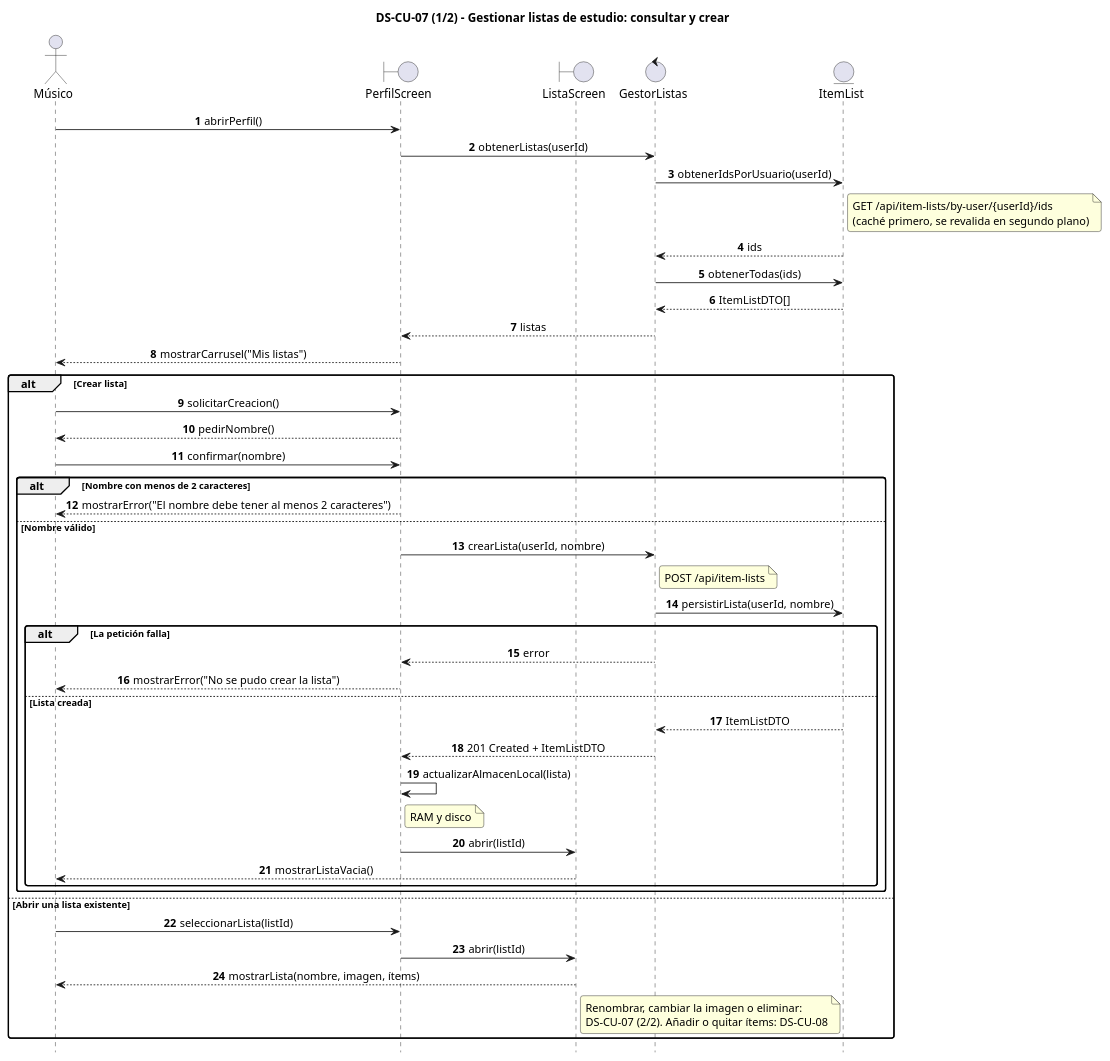
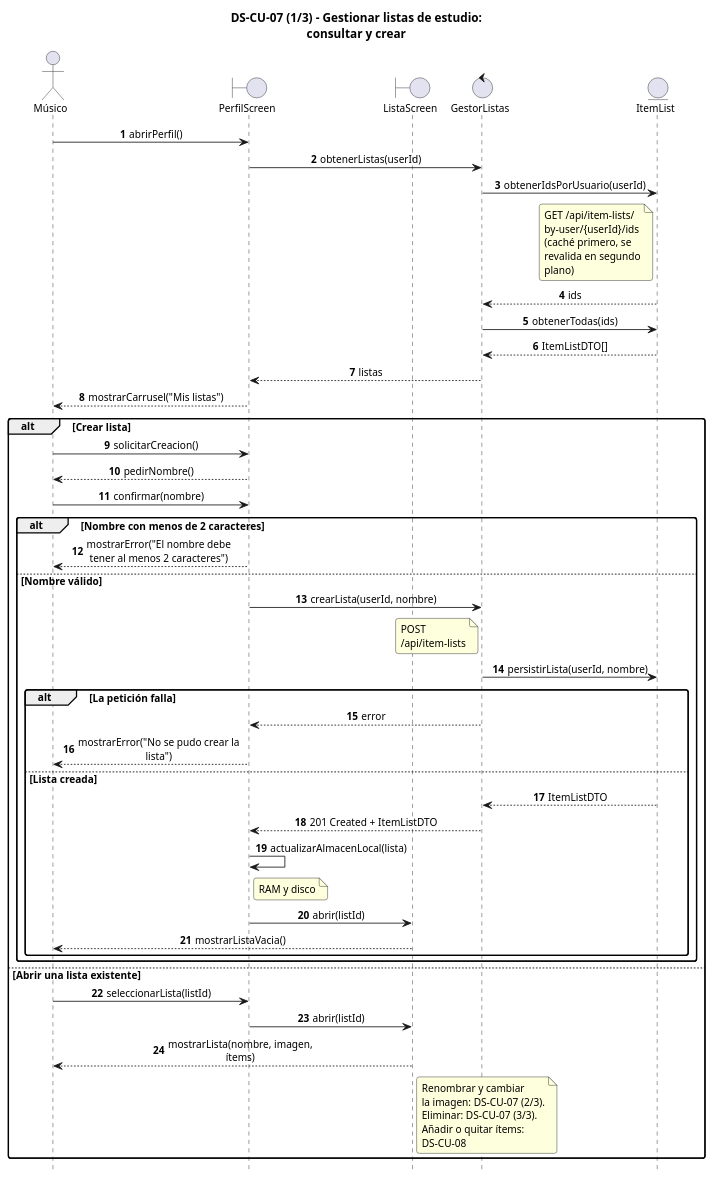
Before and after one commit to adrianmahialoredo/TFG: the diagram in diagrams/use_cases/description/CU07_1_consultar_crear.puml, drawn with PlantUML. The commit also changed 247 other files, not shown here.

```diff
--- a/diagrams/use_cases/description/CU07_1_consultar_crear.puml
+++ b/diagrams/use_cases/description/CU07_1_consultar_crear.puml
@@ -1,57 +1,62 @@
 @startuml DS-CU-07-1
-title DS-CU-07 (1/2) - Gestionar listas de estudio: consultar y crear
+title DS-CU-07 (1/3) - Gestionar listas de estudio:\nconsultar y crear
 
 ' Diagrama de secuencia de análisis (patrón Boundary-Control-Entity)
 ' Fuentes: ProfileScreen.tsx (carrusel "Mis listas"), CreateListMiniModal.tsx, ListScreen.tsx,
 ' useItemLists.ts, itemList.repository.ts, ItemListController.java
 autonumber
 hide footbox
 skinparam sequenceMessageAlign center
 skinparam roundcorner 6
+skinparam maxMessageSize 200
+skinparam wrapWidth 170
+skinparam ParticipantPadding 2
+skinparam BoxPadding 2
+skinparam defaultFontSize 12
 
 actor "Músico" as musico
 boundary "PerfilScreen" as perfil
 boundary "ListaScreen" as pantalla
 control "GestorListas" as gestor
 entity "ItemList" as lista
 
 musico -> perfil : abrirPerfil()
 perfil -> gestor : obtenerListas(userId)
 gestor -> lista : obtenerIdsPorUsuario(userId)
-note right of lista : GET /api/item-lists/by-user/{userId}/ids\n(caché primero, se revalida en segundo plano)
+note left of lista : GET /api/item-lists/\nby-user/{userId}/ids\n(caché primero, se\nrevalida en segundo\nplano)
 lista --> gestor : ids
 gestor -> lista : obtenerTodas(ids)
 lista --> gestor : ItemListDTO[]
 gestor --> perfil : listas
 perfil --> musico : mostrarCarrusel("Mis listas")
 
 alt Crear lista
     musico -> perfil : solicitarCreacion()
     perfil --> musico : pedirNombre()
     musico -> perfil : confirmar(nombre)
     alt Nombre con menos de 2 caracteres
         perfil --> musico : mostrarError("El nombre debe tener al menos 2 caracteres")
     else Nombre válido
         perfil -> gestor : crearLista(userId, nombre)
-        note right of gestor : POST /api/item-lists
+        note left of gestor : POST\n/api/item-lists
         gestor -> lista : persistirLista(userId, nombre)
         alt La petición falla
             gestor --> perfil : error
             perfil --> musico : mostrarError("No se pudo crear la lista")
         else Lista creada
             lista --> gestor : ItemListDTO
             gestor --> perfil : 201 Created + ItemListDTO
             perfil -> perfil : actualizarAlmacenLocal(lista)
             note right of perfil : RAM y disco
             perfil -> pantalla : abrir(listId)
             pantalla --> musico : mostrarListaVacia()
         end
     end
 else Abrir una lista existente
     musico -> perfil : seleccionarLista(listId)
     perfil -> pantalla : abrir(listId)
     pantalla --> musico : mostrarLista(nombre, imagen, ítems)
-    note right of pantalla : Renombrar, cambiar la imagen o eliminar:\nDS-CU-07 (2/2). Añadir o quitar ítems: DS-CU-08
+    note right of pantalla : Renombrar y cambiar\nla imagen: DS-CU-07 (2/3).\nEliminar: DS-CU-07 (3/3).\nAñadir o quitar ítems:\nDS-CU-08
 end
 
 @enduml
```
